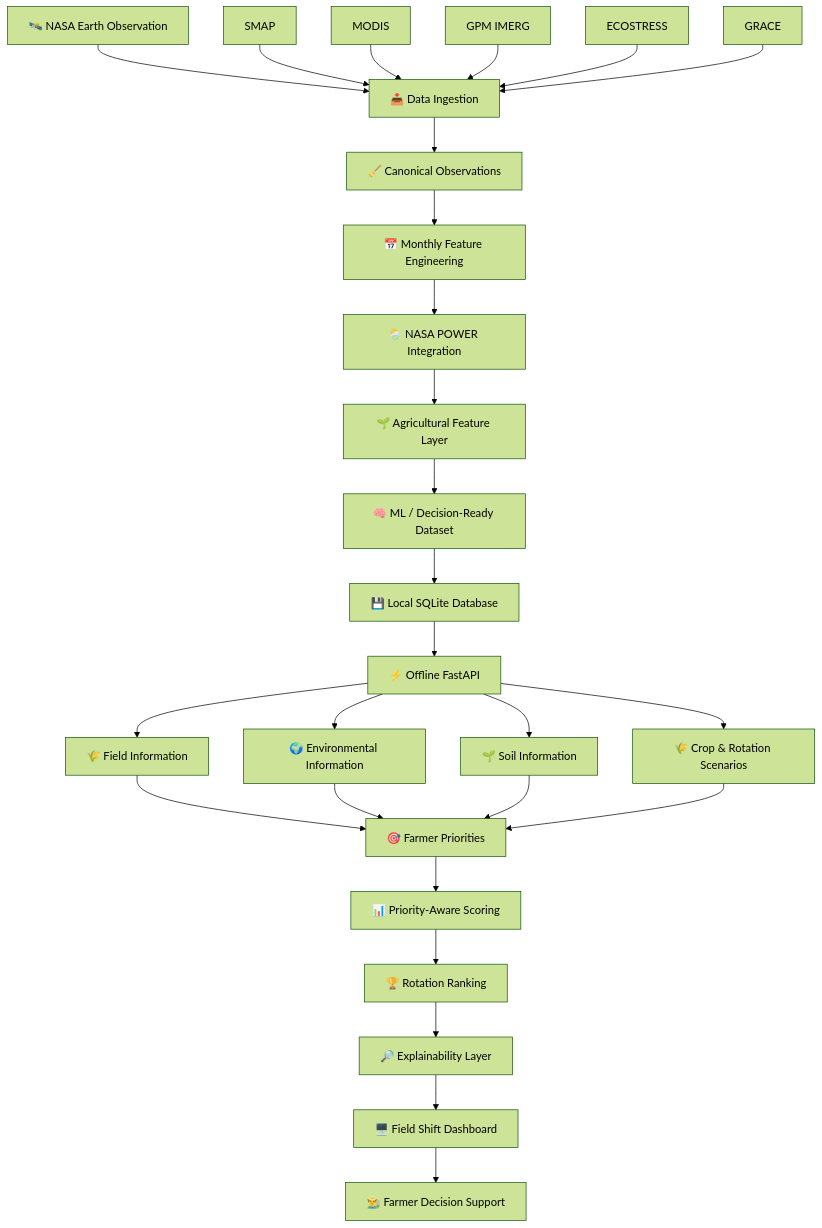
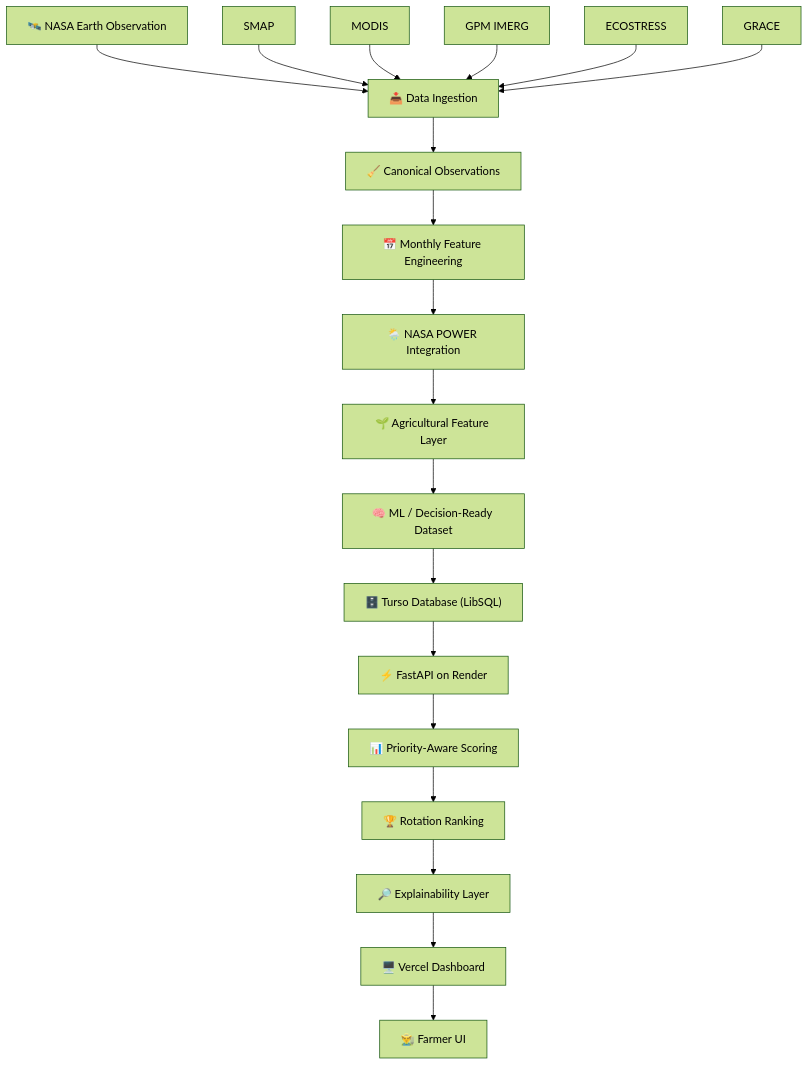
One commit to Zishan-125/field-shift changed the first of 5 diagrams in README.md. Above: the diagram before and after it, drawn with Mermaid (forest theme). The commit also changed other lines of this file, not shown here.

````diff
--- a/README.md
+++ b/README.md
@@ -194,48 +210,35 @@
 ```mermaid
 flowchart TD
 
     A["🛰️ NASA Earth Observation"] --> B["📥 Data Ingestion"]
 
     A1["SMAP"] --> B
     A2["MODIS"] --> B
     A3["GPM IMERG"] --> B
     A4["ECOSTRESS"] --> B
     A5["GRACE"] --> B
 
     B --> C["🧹 Canonical Observations"]
 
     C --> D["📅 Monthly Feature Engineering"]
 
     D --> E["🌦️ NASA POWER Integration"]
 
     E --> F["🌱 Agricultural Feature Layer"]
 
     F --> G["🧠 ML / Decision-Ready Dataset"]
 
-    G --> H["💾 Local SQLite Database"]
+    G --> H["🗄️ Turso Database (LibSQL)"]
 
-    H --> I["⚡ Offline FastAPI"]
+    H --> I["⚡ FastAPI on Render"]
 
-    I --> J["🌾 Field Information"]
+    I --> J["📊 Priority-Aware Scoring"]
 
-    I --> K["🌍 Environmental Information"]
+    J --> K["🏆 Rotation Ranking"]
 
-    I --> L["🌱 Soil Information"]
+    K --> L["🔎 Explainability Layer"]
 
-    I --> M["🌾 Crop & Rotation Scenarios"]
+    L --> M["🖥️ Vercel Dashboard"]
 
-    J --> N["🎯 Farmer Priorities"]
-    K --> N
-    L --> N
-    M --> N
-
-    N --> O["📊 Priority-Aware Scoring"]
-
-    O --> P["🏆 Rotation Ranking"]
-
-    P --> Q["🔎 Explainability Layer"]
-
-    Q --> R["🖥️ Field Shift Dashboard"]
-
-    R --> S["👨‍🌾 Farmer Decision Support"]
+    M --> N["👨‍🌾 Farmer UI"]
 ```
````
